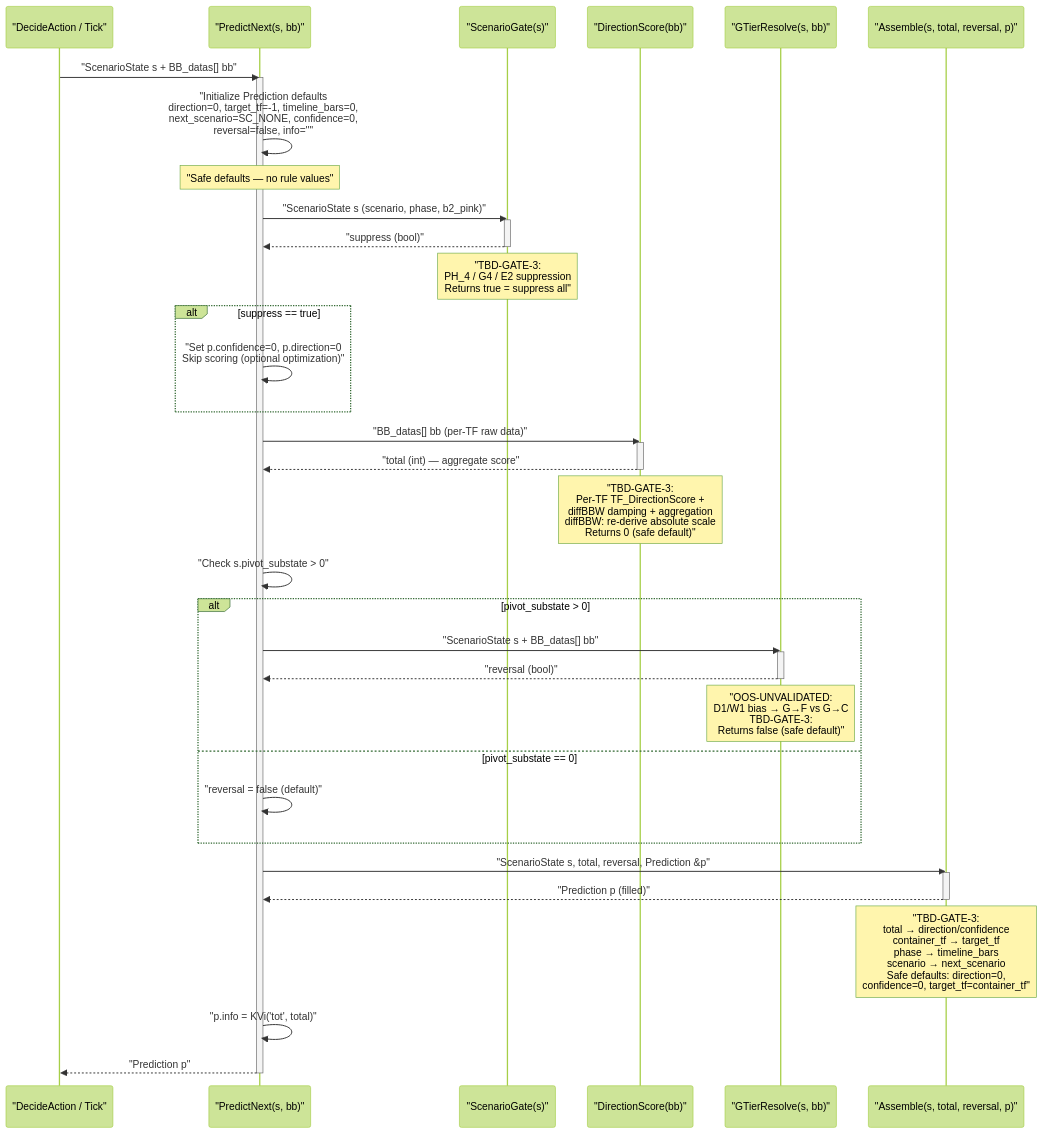
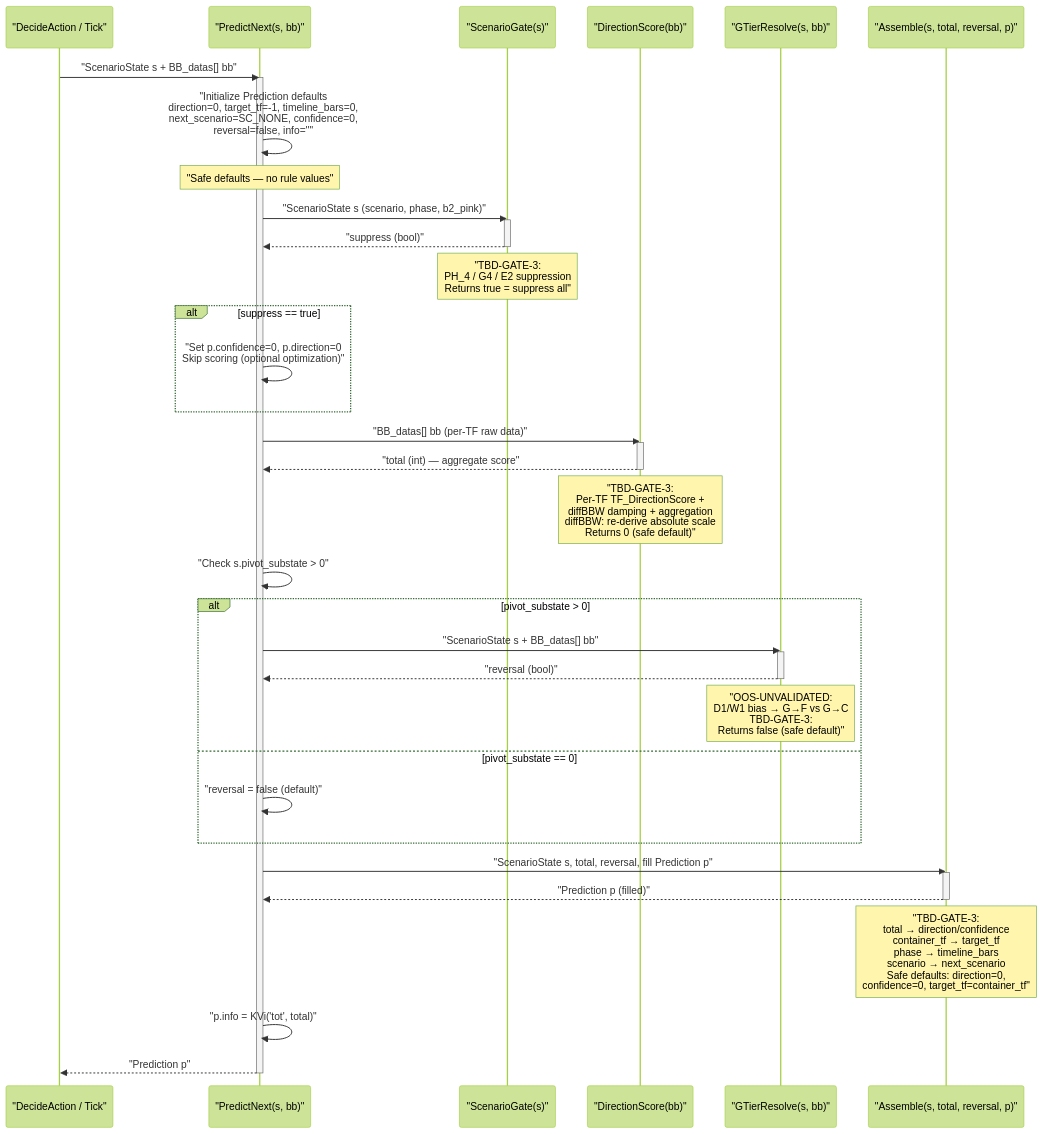
Before and after one commit to Terrypang89/BB_MTF_M15_STRATEGY: diagram 11 of 19 in references/ARCHITECTURE.md, drawn with Mermaid (forest theme). The commit also changed other lines of this file, not shown here.

Commit message:
Fix Mermaid parse error: &p in sequence diagram message broken as HTML entity
The &p in "Prediction &p" was interpreted as an incomplete HTML entity
reference, corrupting the closing quote and cascading into a parse error
at line 73 (PredNext-->>Caller). Replaced "&p" with "fill Prediction p"
to preserve the C++ by-reference semantics without triggering entity parsing.

````diff
--- a/references/ARCHITECTURE.md
+++ b/references/ARCHITECTURE.md
@@ -636,54 +636,54 @@
 ```mermaid
 sequenceDiagram
     participant Caller as "DecideAction / Tick"
     participant PNX as "PredictNext(s, bb)"
     participant SG as "ScenarioGate(s)"
     participant DS as "DirectionScore(bb)"
     participant GTR as "GTierResolve(s, bb)"
     participant ASM as "Assemble(s, total, reversal, p)"
 
     Caller->>PNX: "ScenarioState s + BB_datas[] bb"
     activate PNX
 
     PNX->>PNX: "Initialize Prediction defaults<br/>direction=0, target_tf=-1, timeline_bars=0,<br/>next_scenario=SC_NONE, confidence=0,<br/>reversal=false, info=''"
     Note over PNX: "Safe defaults — no rule values"
 
     PNX->>SG: "ScenarioState s (scenario, phase, b2_pink)"
     activate SG
     SG-->>PNX: "suppress (bool)"
     deactivate SG
     Note over SG: "TBD-GATE-3:<br/>PH_4 / G4 / E2 suppression<br/>Returns true = suppress all"
 
     alt suppress == true
         PNX->>PNX: "Set p.confidence=0, p.direction=0<br/>Skip scoring (optional optimization)"
     end
 
     PNX->>DS: "BB_datas[] bb (per-TF raw data)"
     activate DS
     DS-->>PNX: "total (int) — aggregate score"
     deactivate DS
     Note over DS: "TBD-GATE-3:<br/>Per-TF TF_DirectionScore +<br/>diffBBW damping + aggregation<br/>diffBBW: re-derive absolute scale<br/>Returns 0 (safe default)"
 
     PNX->>PNX: "Check s.pivot_substate > 0"
 
     alt pivot_substate > 0
         PNX->>GTR: "ScenarioState s + BB_datas[] bb"
         activate GTR
         GTR-->>PNX: "reversal (bool)"
         deactivate GTR
         Note over GTR: "OOS-UNVALIDATED:<br/>D1/W1 bias → G→F vs G→C<br/>TBD-GATE-3:<br/>Returns false (safe default)"
     else pivot_substate == 0
         PNX->>PNX: "reversal = false (default)"
     end
 
-    PNX->>ASM: "ScenarioState s, total, reversal, Prediction &p"
+    PNX->>ASM: "ScenarioState s, total, reversal, fill Prediction p"
     activate ASM
     ASM-->>PNX: "Prediction p (filled)"
     deactivate ASM
     Note over ASM: "TBD-GATE-3:<br/>total → direction/confidence<br/>container_tf → target_tf<br/>phase → timeline_bars<br/>scenario → next_scenario<br/>Safe defaults: direction=0,<br/>confidence=0, target_tf=container_tf"
 
     PNX->>PNX: "p.info = KVi('tot', total)"
 
     PNX-->>Caller: "Prediction p"
     deactivate PNX
 ```
````
